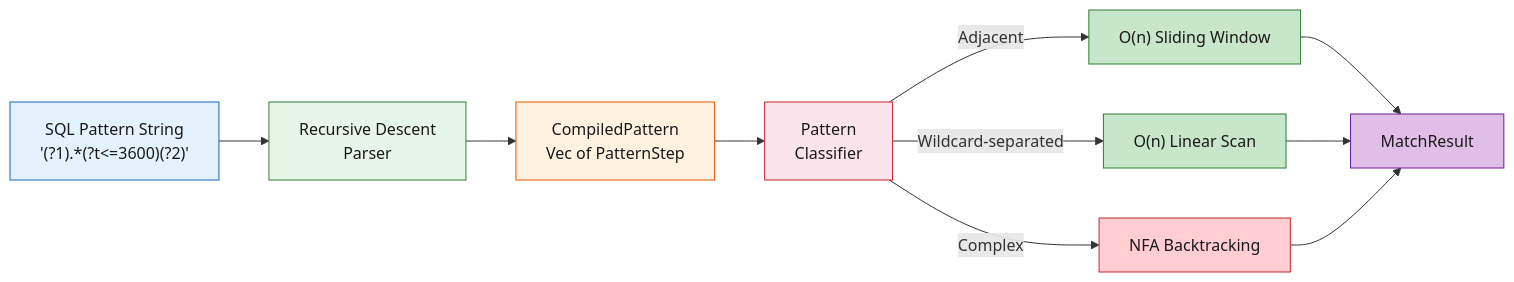
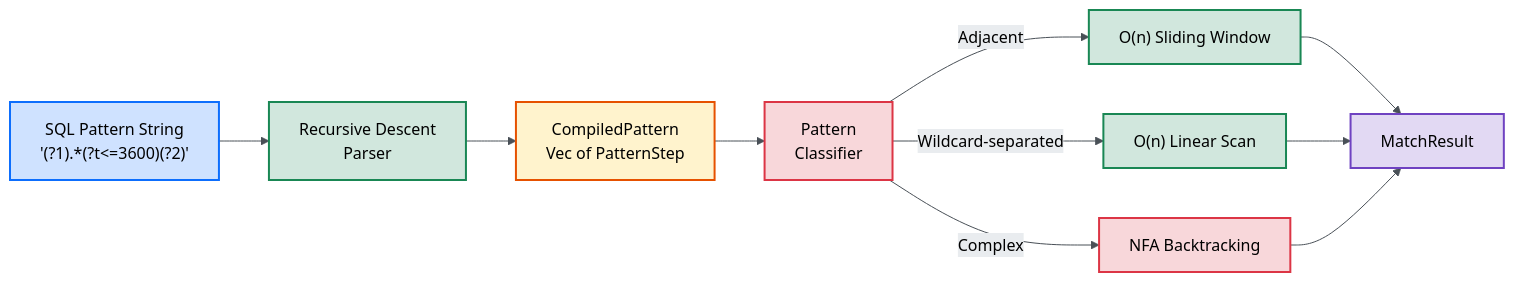
The first of 2 diagrams in docs/src/internals/architecture.md (tomtom215/duckdb-behavioral), drawn with Mermaid before and after one commit. The commit also changed other lines of this file and 10 other files, not shown here.

````diff
--- a/docs/src/internals/architecture.md
+++ b/docs/src/internals/architecture.md
@@ -120,26 +120,27 @@
 ```mermaid
+%%{init: {'theme': 'base', 'themeVariables': {'primaryColor': '#f8f9fa', 'primaryTextColor': '#000000', 'primaryBorderColor': '#495057', 'lineColor': '#495057', 'secondaryColor': '#e9ecef', 'tertiaryColor': '#dee2e6', 'textColor': '#000000'}}}%%
 flowchart LR
     SQL["SQL Pattern String<br/>'(?1).*(?t<=3600)(?2)'"]
     PARSE["Recursive Descent<br/>Parser"]
     CP["CompiledPattern<br/>Vec of PatternStep"]
     CLASS["Pattern<br/>Classifier"]
 
     SQL --> PARSE --> CP --> CLASS
 
     CLASS -->|Adjacent| ADJ["O(n) Sliding Window"]
     CLASS -->|Wildcard-separated| WC["O(n) Linear Scan"]
     CLASS -->|Complex| NFA["NFA Backtracking"]
 
     ADJ --> RES["MatchResult"]
     WC --> RES
     NFA --> RES
 
-    style SQL fill:#e3f2fd,stroke:#1565c0,color:#1a1a1a
-    style PARSE fill:#e8f5e9,stroke:#2e7d32,color:#1a1a1a
-    style CP fill:#fff3e0,stroke:#e65100,color:#1a1a1a
-    style CLASS fill:#fce4ec,stroke:#c62828,color:#1a1a1a
-    style ADJ fill:#c8e6c9,stroke:#2e7d32,color:#1a1a1a
-    style WC fill:#c8e6c9,stroke:#2e7d32,color:#1a1a1a
-    style NFA fill:#ffcdd2,stroke:#c62828,color:#1a1a1a
-    style RES fill:#e1bee7,stroke:#6a1b9a,color:#1a1a1a
+    style SQL fill:#cfe2ff,stroke:#0d6efd,stroke-width:2px,color:#000000
+    style PARSE fill:#d1e7dd,stroke:#198754,stroke-width:2px,color:#000000
+    style CP fill:#fff3cd,stroke:#e65100,stroke-width:2px,color:#000000
+    style CLASS fill:#f8d7da,stroke:#dc3545,stroke-width:2px,color:#000000
+    style ADJ fill:#d1e7dd,stroke:#198754,stroke-width:2px,color:#000000
+    style WC fill:#d1e7dd,stroke:#198754,stroke-width:2px,color:#000000
+    style NFA fill:#f8d7da,stroke:#dc3545,stroke-width:2px,color:#000000
+    style RES fill:#e2d9f3,stroke:#6f42c1,stroke-width:2px,color:#000000
 ```
````
